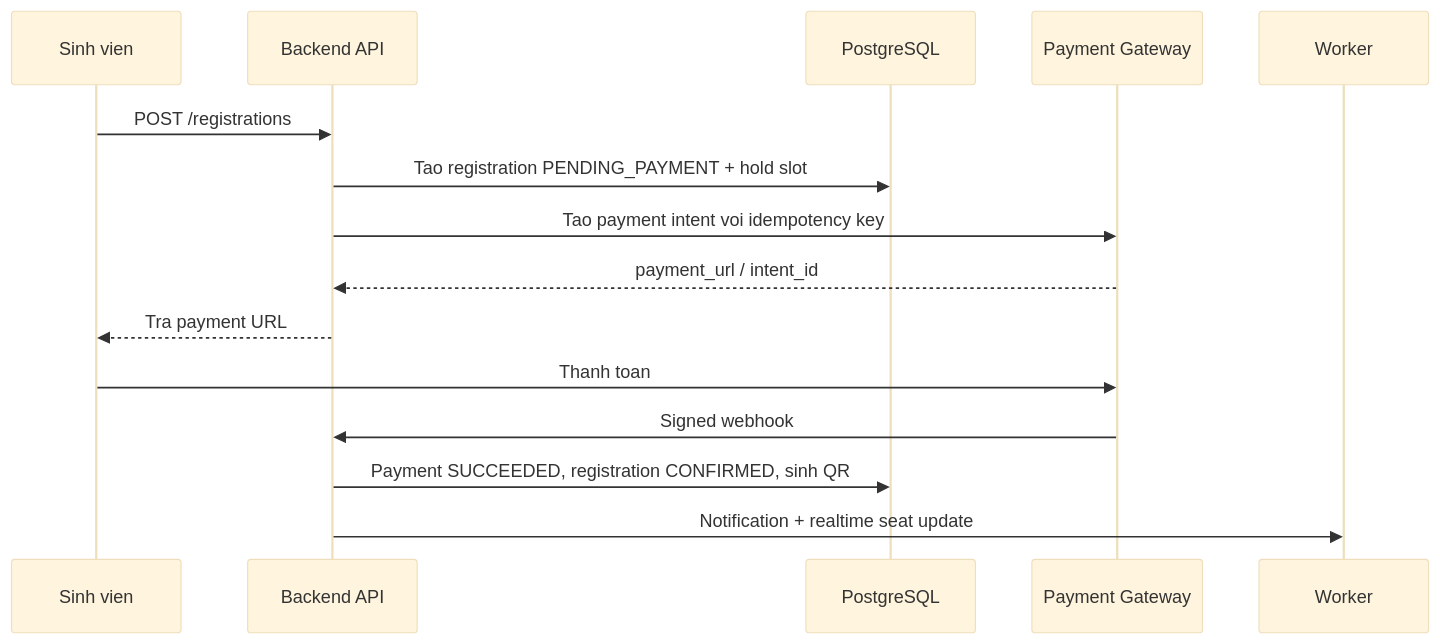
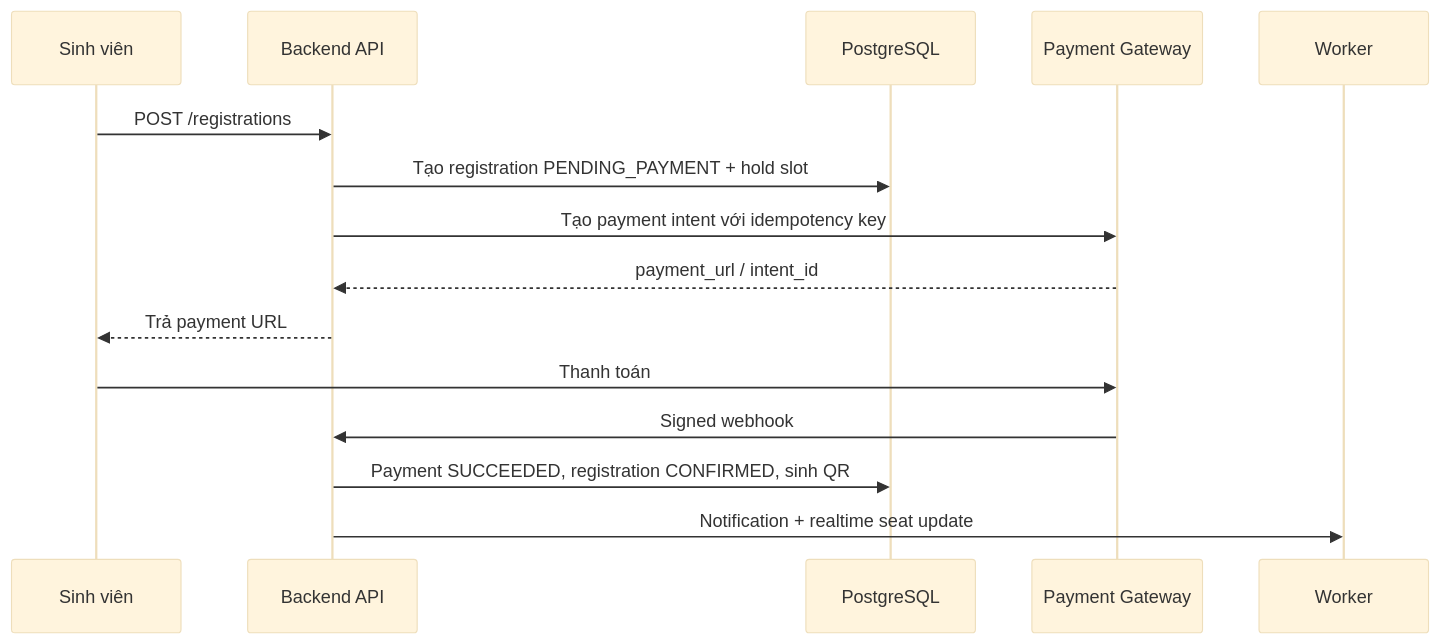
The third of 6 diagrams in docs/blueprint/README.md (NTTH7419/TKPMFinal), drawn with Mermaid (base theme) before and after one commit. The commit also changed other lines of this file and 2 other files, not shown here.

````diff
--- a/docs/blueprint/README.md
+++ b/docs/blueprint/README.md
@@ -180,18 +180,18 @@
 ```mermaid
 sequenceDiagram
-    participant S as Sinh vien
+    participant S as Sinh viên
     participant API as Backend API
     participant DB as PostgreSQL
     participant PG as Payment Gateway
     participant W as Worker
 
     S->>API: POST /registrations
-    API->>DB: Tao registration PENDING_PAYMENT + hold slot
-    API->>PG: Tao payment intent voi idempotency key
+    API->>DB: Tạo registration PENDING_PAYMENT + hold slot
+    API->>PG: Tạo payment intent với idempotency key
     PG-->>API: payment_url / intent_id
-    API-->>S: Tra payment URL
-    S->>PG: Thanh toan
+    API-->>S: Trả payment URL
+    S->>PG: Thanh toán
     PG->>API: Signed webhook
     API->>DB: Payment SUCCEEDED, registration CONFIRMED, sinh QR
     API->>W: Notification + realtime seat update
 ```
````
